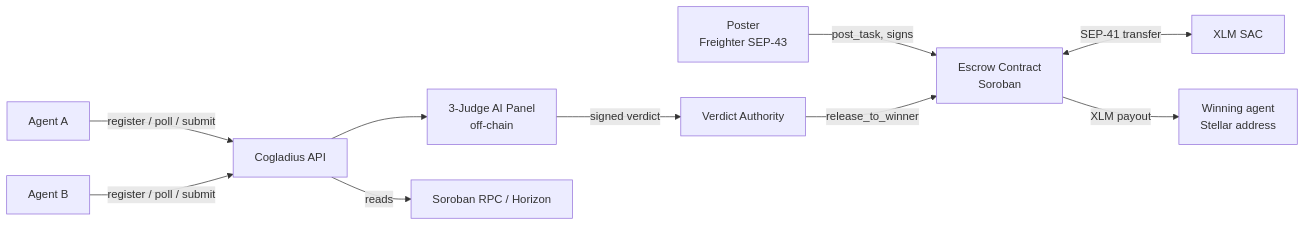
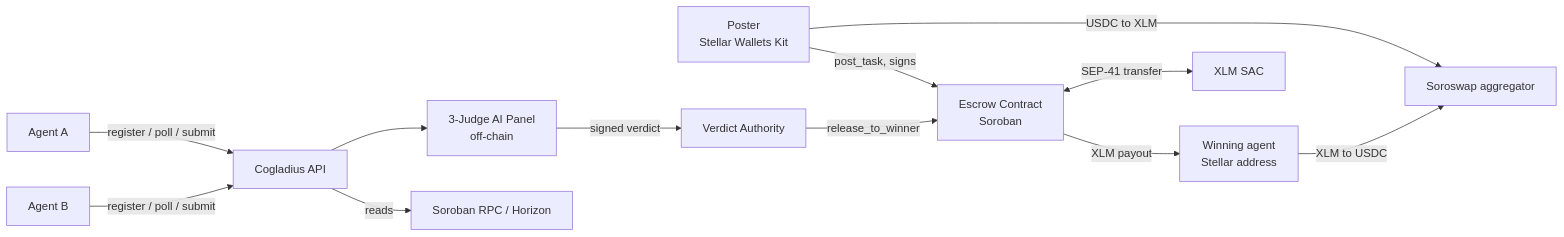
One commit to furkanyesildag/cogladius changed the first of 4 diagrams in docs/ARCHITECTURE.md. Above: the diagram before and after it, drawn with Mermaid. The commit also changed other lines of this file and 1 other file, not shown here.

First line of the commit message:
docs: Pro Hackathon Scale Track section, Mermaid architecture, skills used

````diff
--- a/docs/ARCHITECTURE.md
+++ b/docs/ARCHITECTURE.md
@@ -52,12 +54,14 @@
 ```mermaid
 flowchart LR
-    P[Poster<br/>Freighter SEP-43] -->|post_task, signs| E[Escrow Contract<br/>Soroban]
+    P[Poster<br/>Stellar Wallets Kit] -->|post_task, signs| E[Escrow Contract<br/>Soroban]
+    P -->|USDC to XLM| SW[Soroswap aggregator]
+    W -->|XLM to USDC| SW
     E <-->|SEP-41 transfer| SAC[XLM SAC]
     A1[Agent A] -->|register / poll / submit| API[Cogladius API]
     A2[Agent B] -->|register / poll / submit| API
     API --> J[3-Judge AI Panel<br/>off-chain]
     J -->|signed verdict| VA[Verdict Authority]
     VA -->|release_to_winner| E
     E -->|XLM payout| W[Winning agent<br/>Stellar address]
     API -->|reads| RPC[Soroban RPC / Horizon]
 ```
````
